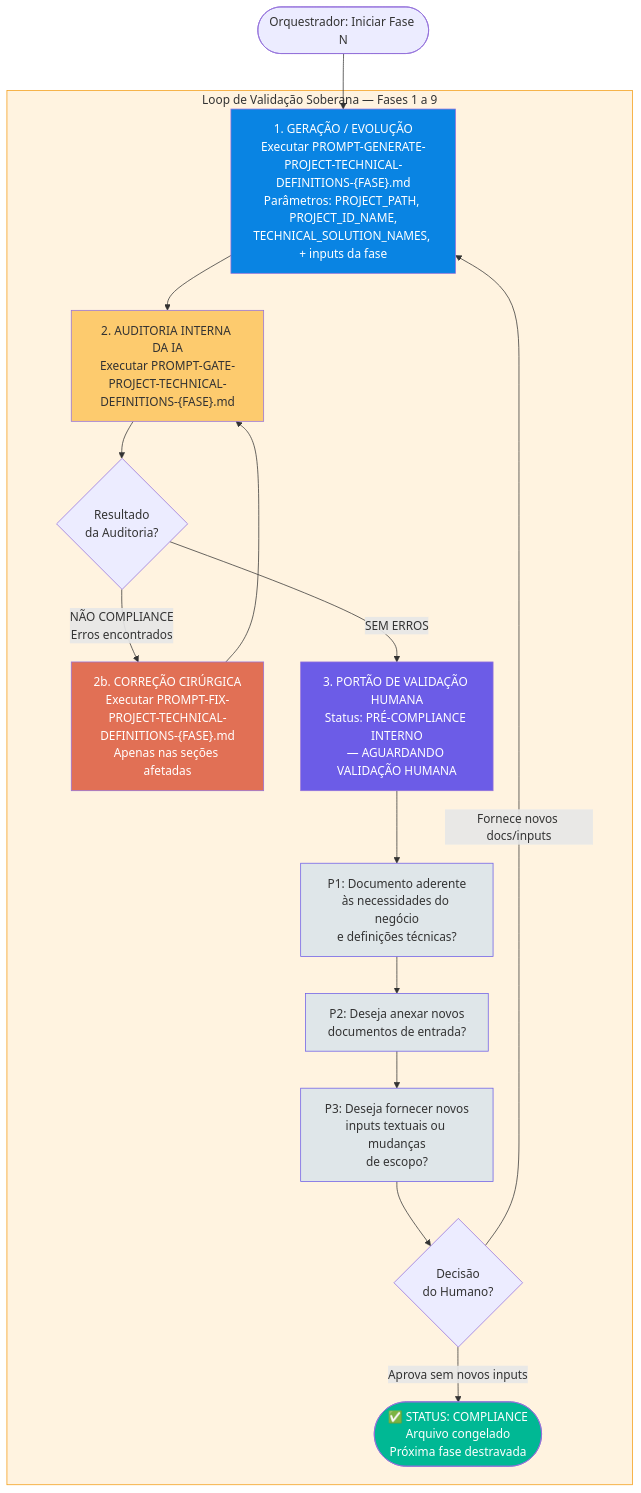
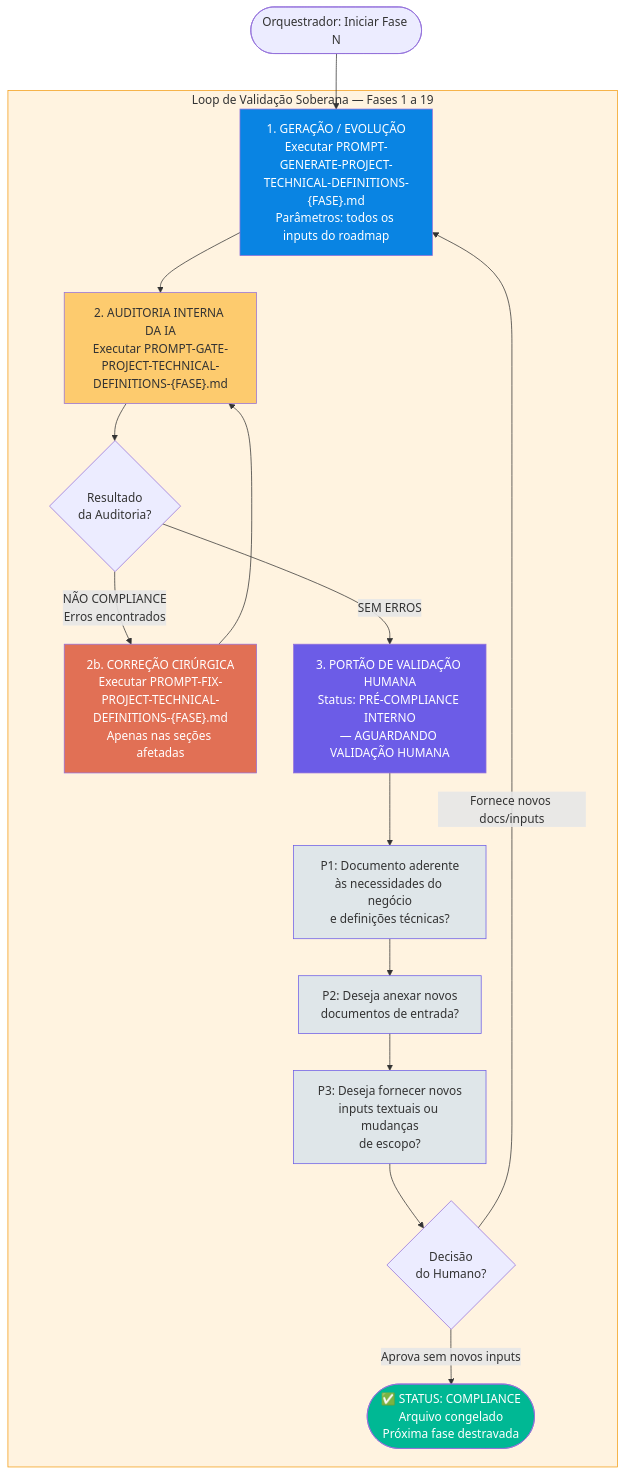
One commit to bolismar69/workspace-fbso changed the third of 10 diagrams in .specs/prompts/project-technical-definitions/FLOWCHART-PROMPT-ROADMAP-GENERATE-PROJECT-TECHNICAL-DEFINITIONS.md. Above: the diagram before and after it, drawn with Mermaid. The commit also changed other lines of this file, not shown here.

First line of the commit message:
docs: flowchart tech-defs v4.0 → v5.0 — blocos sequenciais, 20 fases

````diff
--- a/.specs/prompts/project-technical-definitions/FLOWCHART-PROMPT-ROADMAP-GENERATE-PROJECT-TECHNICAL-DEFINITIONS.md
+++ b/.specs/prompts/project-technical-definitions/FLOWCHART-PROMPT-ROADMAP-GENERATE-PROJECT-TECHNICAL-DEFINITIONS.md
@@ -136,35 +159,35 @@
 ```mermaid
 flowchart TD
     ORCH([Orquestrador: Iniciar Fase N]) --> GEN
 
-    subgraph LOOP[Loop de Validação Soberana — Fases 1 a 9]
-        GEN["1. GERAÇÃO / EVOLUÇÃO<br/>Executar PROMPT-GENERATE-PROJECT-TECHNICAL-DEFINITIONS-{FASE}.md<br/>Parâmetros: PROJECT_PATH, PROJECT_ID_NAME,<br/>TECHNICAL_SOLUTION_NAMES, + inputs da fase"] --> GATE
+    subgraph LOOP[Loop de Validação Soberana — Fases 1 a 19]
+        GEN["1. GERAÇÃO / EVOLUÇÃO<br/>Executar PROMPT-GENERATE-PROJECT-TECHNICAL-DEFINITIONS-{FASE}.md<br/>Parâmetros: todos os inputs do roadmap"] --> GATE
 
         GATE["2. AUDITORIA INTERNA DA IA<br/>Executar PROMPT-GATE-PROJECT-TECHNICAL-DEFINITIONS-{FASE}.md"] --> GATE_RESULT{Resultado<br/>da Auditoria?}
 
         GATE_RESULT -->|NÃO COMPLIANCE<br/>Erros encontrados| FIX["2b. CORREÇÃO CIRÚRGICA<br/>Executar PROMPT-FIX-PROJECT-TECHNICAL-DEFINITIONS-{FASE}.md<br/>Apenas nas seções afetadas"]
         FIX --> GATE
 
         GATE_RESULT -->|SEM ERROS| HUMAN_GATE
 
         HUMAN_GATE[3. PORTÃO DE VALIDAÇÃO HUMANA<br/>Status: PRÉ-COMPLIANCE INTERNO<br/>— AGUARDANDO VALIDAÇÃO HUMANA] --> P1[P1: Documento aderente<br/>às necessidades do negócio<br/>e definições técnicas?]
         P1 --> P2[P2: Deseja anexar novos<br/>documentos de entrada?]
         P2 --> P3[P3: Deseja fornecer novos<br/>inputs textuais ou mudanças<br/>de escopo?]
         P3 --> HUMAN_DEC{Decisão<br/>do Humano?}
 
         HUMAN_DEC -->|Aprova sem novos inputs| COMPLIANCE
         HUMAN_DEC -->|Fornece novos docs/inputs| GEN
     end
 
     COMPLIANCE([✅ STATUS: COMPLIANCE<br/>Arquivo congelado<br/>Próxima fase destravada])
 
     style GEN fill:#0984e3,color:#fff
     style GATE fill:#fdcb6e,color:#333
     style FIX fill:#e17055,color:#fff
     style HUMAN_GATE fill:#6c5ce7,color:#fff
     style P1 fill:#dfe6e9,stroke:#6c5ce7
     style P2 fill:#dfe6e9,stroke:#6c5ce7
     style P3 fill:#dfe6e9,stroke:#6c5ce7
     style COMPLIANCE fill:#00b894,color:#fff
     style LOOP fill:#fff3e0,stroke:#f39c12
 ```
````
